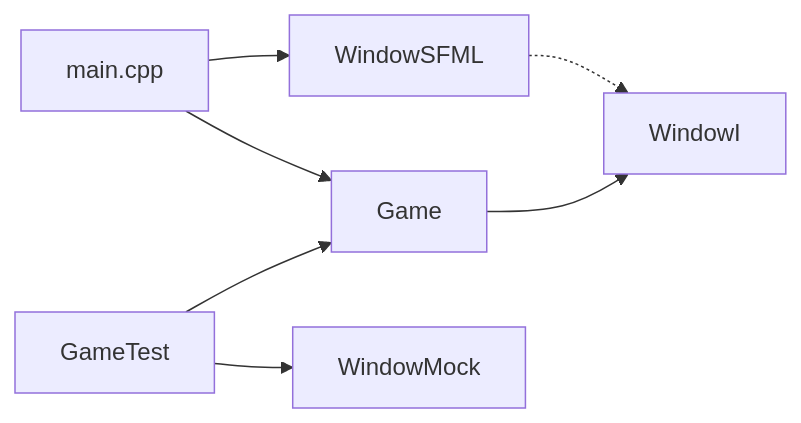
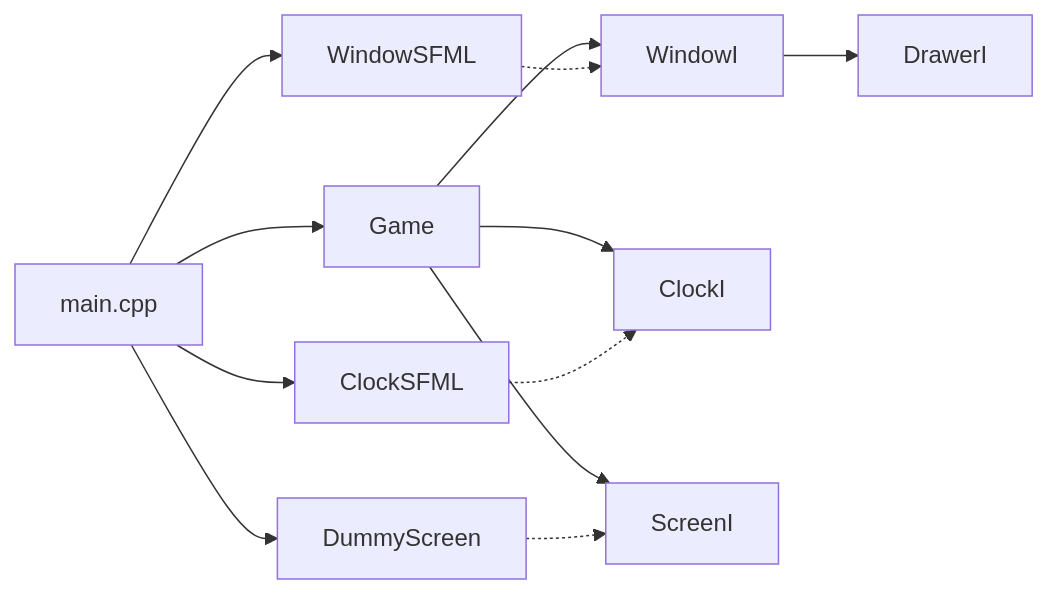
One commit to kblaszki/business-game changed the diagram in mvp/10-engine-progress.md. Above: the diagram before and after it, drawn with Mermaid. The commit also changed other lines of this file and 28 other files, not shown here.

Commit message:
Drive Game from ClockI and ScreenI so fixed ticks stay windowless-testable.

````diff
--- a/mvp/10-engine-progress.md
+++ b/mvp/10-engine-progress.md
@@ -71,9 +90,14 @@
 ```mermaid
 flowchart LR
   Main[main.cpp] --> SFMLWin[WindowSFML]
+  Main --> SFMLClk[ClockSFML]
+  Main --> Dummy[DummyScreen]
   Main --> Game[Game]
   Game --> WinI[WindowI]
+  Game --> ClkI[ClockI]
+  Game --> ScrI[ScreenI]
   SFMLWin -.-> WinI
-  Tests[GameTest] --> Game
-  Tests --> Mock[WindowMock]
+  SFMLClk -.-> ClkI
+  Dummy -.-> ScrI
+  WinI --> DrwI[DrawerI]
 ```
````
